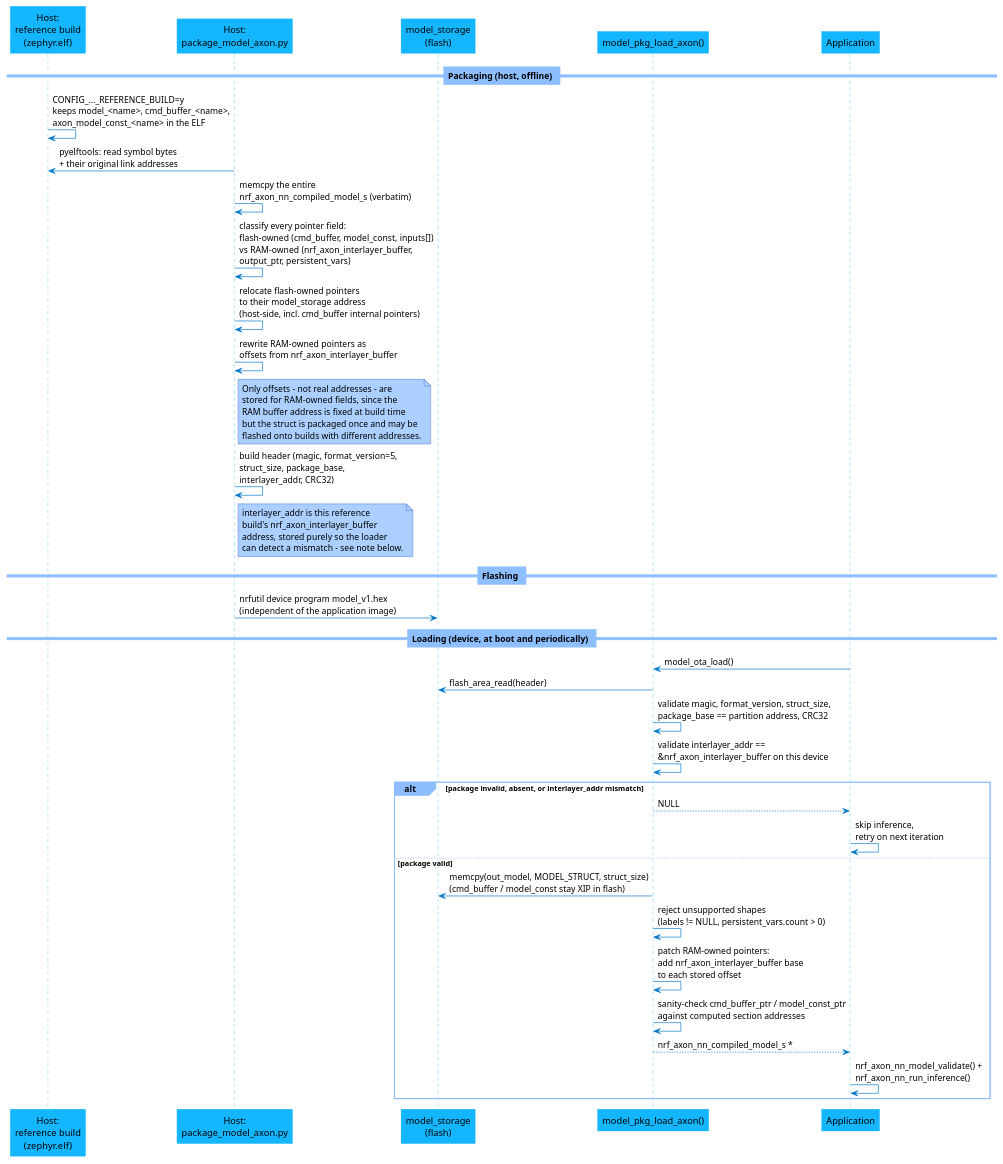
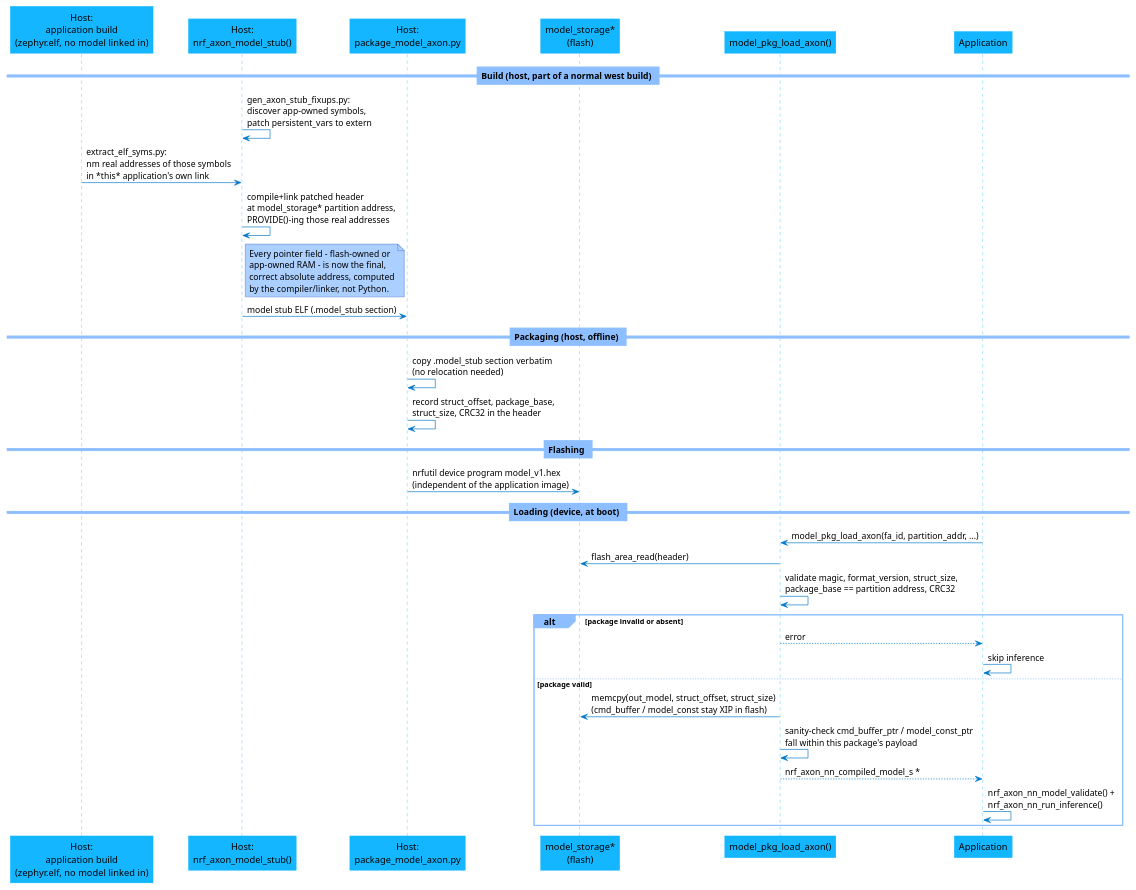
Before and after one commit to nrfconnect/sdk-edge-ai: the third of 3 diagrams in doc/libraries/model_ota.rst, drawn with PlantUML. The commit also changed other lines of this file, not shown here.

First line of the commit message:
doc: model_ota: rewrite for the second-pass link pipeline

```diff
--- a/doc/libraries/model_ota.rst
+++ b/doc/libraries/model_ota.rst
@@ -235,78 +252,71 @@
 .. uml::
-   :caption: Axon packaging and loading. Flash-owned pointers are relocated once on the host; only RAM-owned pointers are patched on-device, and only cmd_buffer/model_const stay XIP.
+   :caption: Axon packaging and loading via the second-pass link. Every pointer is already correct by construction of the model stub's own link; nothing is relocated on the host or patched on-device.
 
    skinparam shadowing false
    skinparam roundcorner 0
    skinparam backgroundColor #FFFFFF
    skinparam ArrowColor #0077C8
    skinparam sequenceArrowThickness 1
 
    skinparam sequence {
      DividerBackgroundColor #8DBEFF
      DividerBorderColor #8DBEFF
      LifeLineBackgroundColor #13B6FF
      LifeLineBorderColor #13B6FF
      ParticipantBackgroundColor #13B6FF
      ParticipantBorderColor #13B6FF
      BoxBackgroundColor #C1E8FF
      BoxBorderColor #C1E8FF
      GroupBackgroundColor #8DBEFF
      GroupBorderColor #8DBEFF
    }
 
    skinparam note {
      BackgroundColor #ABCFFF
      BorderColor #2149C2
      Shadowing false
    }
 
-   participant "Host:\nreference build\n(zephyr.elf)" as Ref
+   participant "Host:\napplication build\n(zephyr.elf, no model linked in)" as AppElf
+   participant "Host:\nnrf_axon_model_stub()" as Stub
    participant "Host:\npackage_model_axon.py" as Host
-   participant "model_storage\n(flash)" as Flash
+   participant "model_storage*\n(flash)" as Flash
    participant "model_pkg_load_axon()" as Loader
    participant "Application" as App
 
+   == Build (host, part of a normal west build) ==
+
+   Stub -> Stub : gen_axon_stub_fixups.py:\ndiscover app-owned symbols,\npatch persistent_vars to extern
+   AppElf -> Stub : extract_elf_syms.py:\nnm real addresses of those symbols\nin *this* application's own link
+   Stub -> Stub : compile+link patched header\nat model_storage* partition address,\nPROVIDE()-ing those real addresses
+   note right of Stub
+     Every pointer field - flash-owned or
+     app-owned RAM - is now the final,
+     correct absolute address, computed
+     by the compiler/linker, not Python.
+   end note
+   Stub -> Host : model stub ELF (.model_stub section)
+
    == Packaging (host, offline) ==
 
-   Ref -> Ref : CONFIG_..._REFERENCE_BUILD=y\nkeeps model_<name>, cmd_buffer_<name>,\naxon_model_const_<name> in the ELF
-   Host -> Ref : pyelftools: read symbol bytes\n+ their original link addresses
-   Host -> Host : memcpy the entire\nnrf_axon_nn_compiled_model_s (verbatim)
-   Host -> Host : classify every pointer field:\nflash-owned (cmd_buffer, model_const, inputs[])\nvs RAM-owned (nrf_axon_interlayer_buffer,\noutput_ptr, persistent_vars)
-   Host -> Host : relocate flash-owned pointers\nto their model_storage address\n(host-side, incl. cmd_buffer internal pointers)
-   Host -> Host : rewrite RAM-owned pointers as\noffsets from nrf_axon_interlayer_buffer
-   note right of Host
-     Only offsets - not real addresses - are
-     stored for RAM-owned fields, since the
-     RAM buffer address is fixed at build time
-     but the struct is packaged once and may be
-     flashed onto builds with different addresses.
-   end note
-   Host -> Host : build header (magic, format_version=5,\nstruct_size, package_base,\ninterlayer_addr, CRC32)
-   note right of Host
-     interlayer_addr is this reference
-     build's nrf_axon_interlayer_buffer
-     address, stored purely so the loader
-     can detect a mismatch - see note below.
-   end note
+   Host -> Host : copy .model_stub section verbatim\n(no relocation needed)
+   Host -> Host : record struct_offset, package_base,\nstruct_size, CRC32 in the header
 
    == Flashing ==
 
    Host -> Flash : nrfutil device program model_v1.hex\n(independent of the application image)
 
-   == Loading (device, at boot and periodically) ==
+   == Loading (device, at boot) ==
 
-   App -> Loader : model_ota_load()
+   App -> Loader : model_pkg_load_axon(fa_id, partition_addr, ...)
    Loader -> Flash : flash_area_read(header)
    Loader -> Loader : validate magic, format_version, struct_size,\npackage_base == partition address, CRC32
-   Loader -> Loader : validate interlayer_addr ==\n&nrf_axon_interlayer_buffer on this device
-   alt package invalid, absent, or interlayer_addr mismatch
-     Loader --> App : NULL
-     App -> App : skip inference,\nretry on next iteration
+   alt package invalid or absent
+     Loader --> App : error
+     App -> App : skip inference
    else package valid
-     Loader -> Flash : memcpy(out_model, MODEL_STRUCT, struct_size)\n(cmd_buffer / model_const stay XIP in flash)
-     Loader -> Loader : reject unsupported shapes\n(labels != NULL, persistent_vars.count > 0)
-     Loader -> Loader : patch RAM-owned pointers:\nadd nrf_axon_interlayer_buffer base\nto each stored offset
-     Loader -> Loader : sanity-check cmd_buffer_ptr / model_const_ptr\nagainst computed section addresses
+     Loader -> Flash : memcpy(out_model, struct_offset, struct_size)\n(cmd_buffer / model_const stay XIP in flash)
+     Loader -> Loader : sanity-check cmd_buffer_ptr / model_const_ptr\nfall within this package's payload
      Loader --> App : nrf_axon_nn_compiled_model_s *
      App -> App : nrf_axon_nn_model_validate() +\nnrf_axon_nn_run_inference()
    end
```
